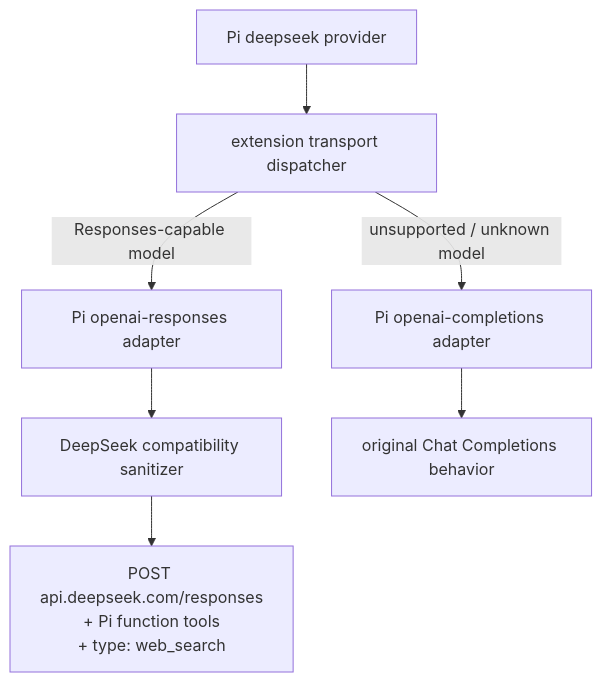
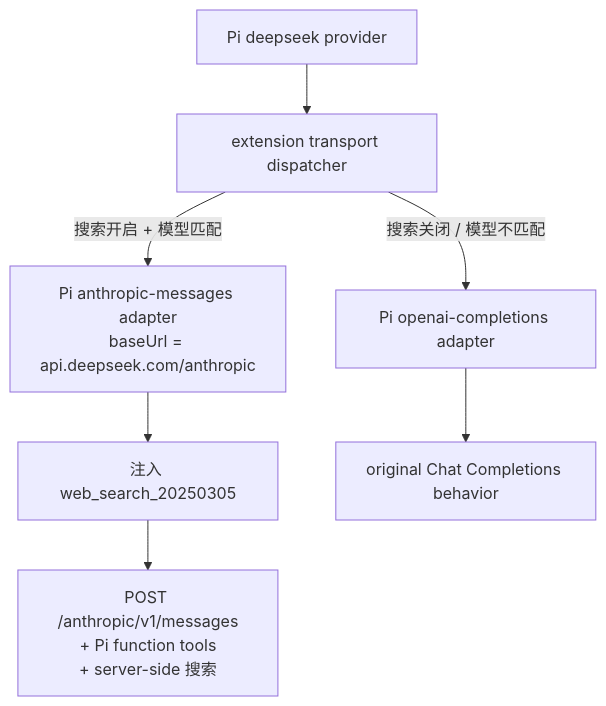
Before and after one commit to MasonChow/pi-hub: the diagram in pi-deepseek-responses/README.md, drawn with Mermaid. The commit also changed other lines of this file and 3 other files, not shown here.

First line of the commit message:
fix(deepseek-responses)!: 搜索改走 Anthropic 端点，Responses 上 web_search 是空操作 (#20)

````diff
--- a/pi-deepseek-responses/README.md
+++ b/pi-deepseek-responses/README.md
@@ -14,9 +40,9 @@
 ```mermaid
 flowchart TD
   A["Pi deepseek provider"] --> B["extension transport dispatcher"]
-  B -->|"Responses-capable model"| C["Pi openai-responses adapter"]
-  C --> D["DeepSeek compatibility sanitizer"]
-  D --> E["POST api.deepseek.com/responses<br/>+ Pi function tools<br/>+ type: web_search"]
-  B -->|"unsupported / unknown model"| F["Pi openai-completions adapter"]
+  B -->|"搜索开启 + 模型匹配"| C["Pi anthropic-messages adapter<br/>baseUrl = api.deepseek.com/anthropic"]
+  C --> D["注入 web_search_20250305"]
+  D --> E["POST /anthropic/v1/messages<br/>+ Pi function tools<br/>+ server-side 搜索"]
+  B -->|"搜索关闭 / 模型不匹配"| F["Pi openai-completions adapter"]
   F --> G["original Chat Completions behavior"]
 ```
````
